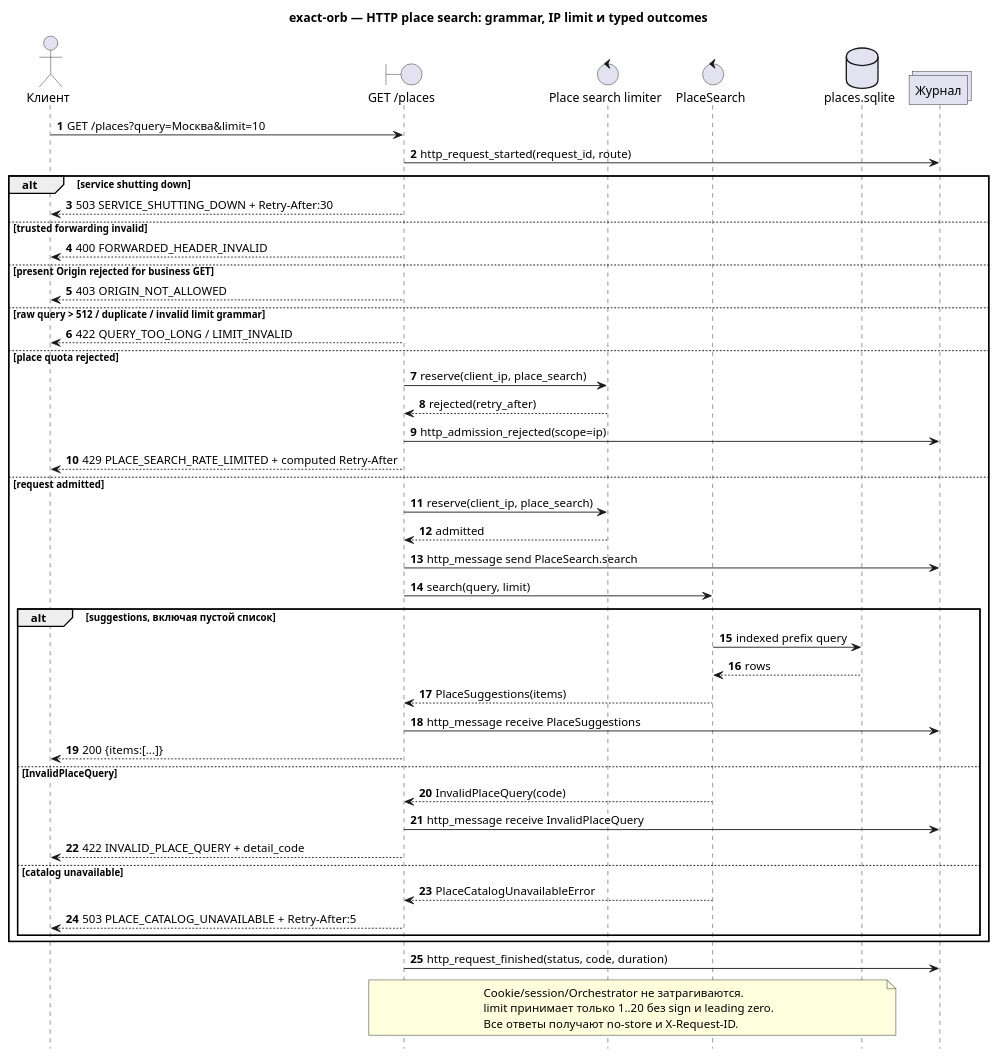
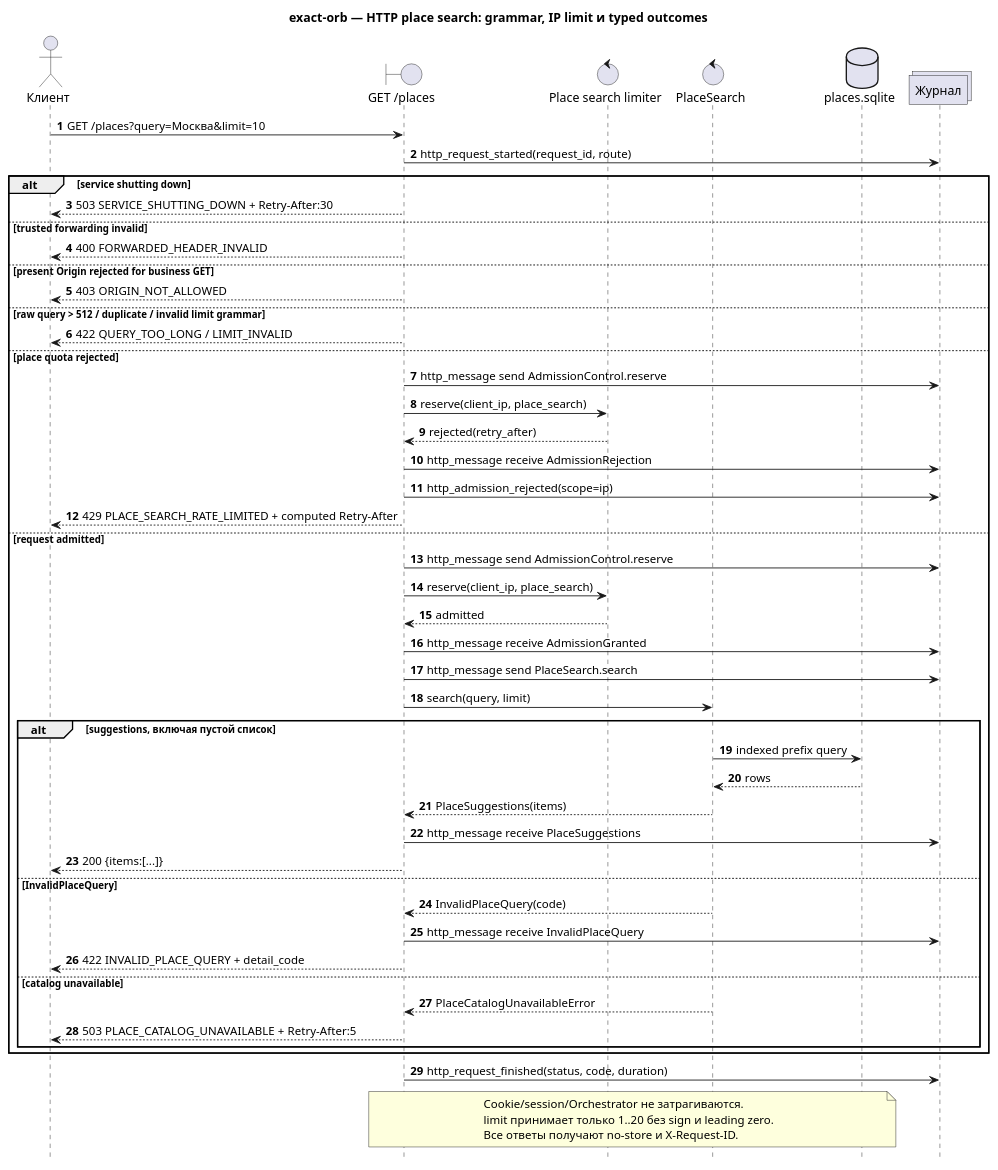
Before and after one commit to ksenia-baranova/exact-orb-demo: the diagram in docs/sequence_diagrams/http_api/002-place-search.puml, drawn with PlantUML. The commit also changed 16 other files, not shown here.

First line of the commit message:
feat(http_api): complete integration handoff

```diff
--- a/docs/sequence_diagrams/http_api/002-place-search.puml
+++ b/docs/sequence_diagrams/http_api/002-place-search.puml
@@ -1,62 +1,66 @@
 @startuml
 title exact-orb — HTTP place search: grammar, IP limit и typed outcomes
 
 autonumber
 hide footbox
 skinparam shadowing false
 skinparam responseMessageBelowArrow true
 
 actor "Клиент" as Client
 boundary "GET /places" as API
 control "Place search limiter" as Limit
 control "PlaceSearch" as Search
 database "places.sqlite" as DB
 collections "Журнал" as Log
 
 Client -> API : GET /places?query=Москва&limit=10
 API -> Log : http_request_started(request_id, route)
 
 alt service shutting down
     API --> Client : 503 SERVICE_SHUTTING_DOWN + Retry-After:30
 else trusted forwarding invalid
     API --> Client : 400 FORWARDED_HEADER_INVALID
 else present Origin rejected for business GET
     API --> Client : 403 ORIGIN_NOT_ALLOWED
 else raw query > 512 / duplicate / invalid limit grammar
     API --> Client : 422 QUERY_TOO_LONG / LIMIT_INVALID
 else place quota rejected
+    API -> Log : http_message send AdmissionControl.reserve
     API -> Limit : reserve(client_ip, place_search)
     Limit --> API : rejected(retry_after)
+    API -> Log : http_message receive AdmissionRejection
     API -> Log : http_admission_rejected(scope=ip)
     API --> Client : 429 PLACE_SEARCH_RATE_LIMITED + computed Retry-After
 else request admitted
+    API -> Log : http_message send AdmissionControl.reserve
     API -> Limit : reserve(client_ip, place_search)
     Limit --> API : admitted
+    API -> Log : http_message receive AdmissionGranted
     API -> Log : http_message send PlaceSearch.search
     API -> Search : search(query, limit)
 
     alt suggestions, включая пустой список
         Search -> DB : indexed prefix query
         DB --> Search : rows
         Search --> API : PlaceSuggestions(items)
         API -> Log : http_message receive PlaceSuggestions
         API --> Client : 200 {items:[...]}
     else InvalidPlaceQuery
         Search --> API : InvalidPlaceQuery(code)
         API -> Log : http_message receive InvalidPlaceQuery
         API --> Client : 422 INVALID_PLACE_QUERY + detail_code
     else catalog unavailable
         Search --> API : PlaceCatalogUnavailableError
         API --> Client : 503 PLACE_CATALOG_UNAVAILABLE + Retry-After:5
     end
 end
 
 API -> Log : http_request_finished(status, code, duration)
 
 note over API, DB
 Cookie/session/Orchestrator не затрагиваются.
 limit принимает только 1..20 без sign и leading zero.
 Все ответы получают no-store и X-Request-ID.
 end note
 
 @enduml
```
